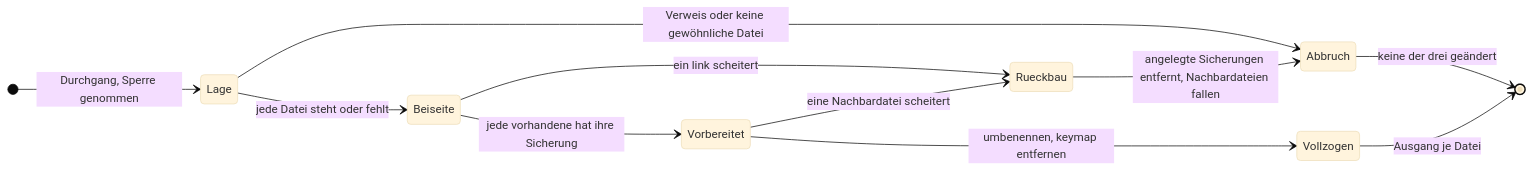
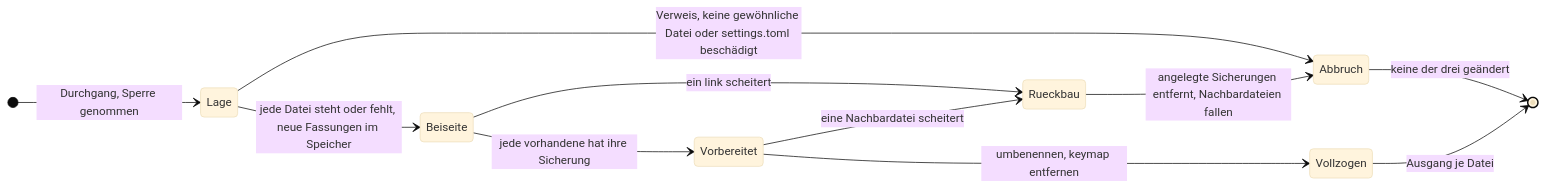
The second of 3 diagrams in fusion-workbench/work-packages/260929-1015-werkseinstellungen-zuruecksetzen-und-neu-einlesen/plans/260929-1025_p_plan-werkseinstellungen-zuruecksetzen-und-neu-einlesen.md (tenzoki/krk), drawn with Mermaid (base theme) before and after one commit. The commit also changed other lines of this file and 2 other files, not shown here.

````diff
--- a/fusion-workbench/work-packages/260929-1015-werkseinstellungen-zuruecksetzen-und-neu-einlesen/plans/260929-1025_p_plan-werkseinstellungen-zuruecksetzen-und-neu-einlesen.md
+++ b/fusion-workbench/work-packages/260929-1015-werkseinstellungen-zuruecksetzen-und-neu-einlesen/plans/260929-1025_p_plan-werkseinstellungen-zuruecksetzen-und-neu-einlesen.md
@@ -79,14 +84,14 @@
 ```mermaid
 stateDiagram-v2
     direction LR
     [*] --> Lage: Durchgang, Sperre genommen
-    Lage --> Abbruch: Verweis oder keine gewöhnliche Datei
-    Lage --> Beiseite: jede Datei steht oder fehlt
+    Lage --> Abbruch: Verweis, keine gewöhnliche Datei oder settings.toml beschädigt
+    Lage --> Beiseite: jede Datei steht oder fehlt, neue Fassungen im Speicher
     Beiseite --> Rueckbau: ein link scheitert
     Beiseite --> Vorbereitet: jede vorhandene hat ihre Sicherung
     Vorbereitet --> Rueckbau: eine Nachbardatei scheitert
     Vorbereitet --> Vollzogen: umbenennen, keymap entfernen
     Rueckbau --> Abbruch: angelegte Sicherungen entfernt, Nachbardateien fallen
     Abbruch --> [*]: keine der drei geändert
     Vollzogen --> [*]: Ausgang je Datei
 ```
````
